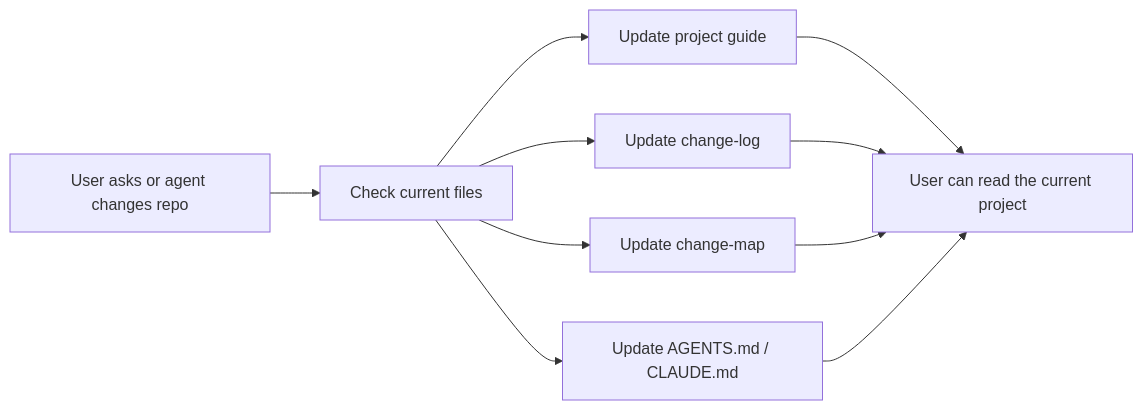
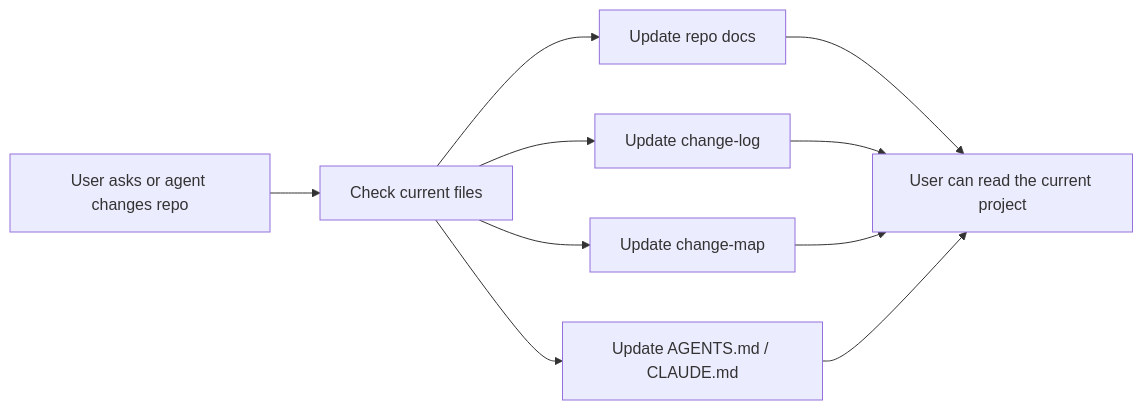
Before and after one commit to YurunChen/repo-docs-skills: the diagram in README.md, drawn with Mermaid. The commit also changed other lines of this file and 4 other files, not shown here.

````diff
--- a/README.md
+++ b/README.md
@@ -75,12 +75,12 @@
 ```mermaid
 flowchart LR
   A["User asks or agent changes repo"] --> B["Check current files"]
-  B --> C["Update project guide"]
+  B --> C["Update repo docs"]
   B --> D["Update change-log"]
   B --> E["Update change-map"]
   B --> F["Update AGENTS.md / CLAUDE.md"]
   C --> G["User can read the current project"]
   D --> G
   E --> G
   F --> G
 ```
````
